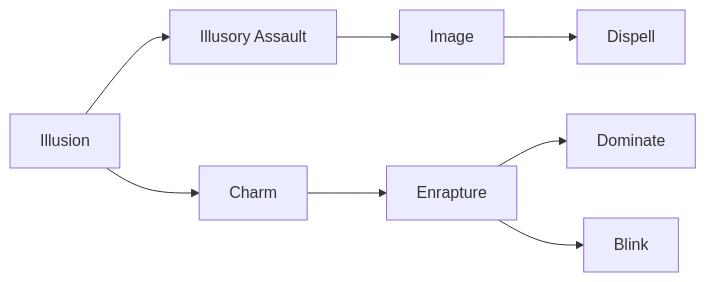
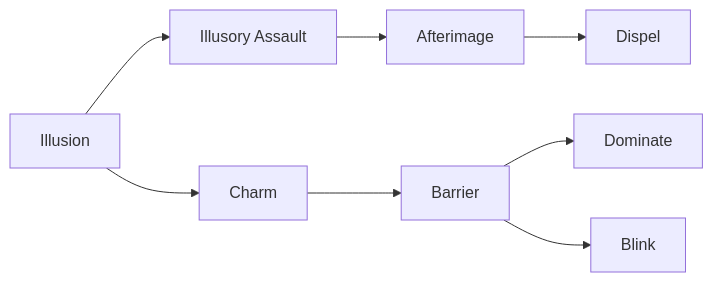
One commit to rubypinkromance/xrpg changed diagram 14 of 17 in docs/xrpg-rules.md. Above: the diagram before and after it, drawn with Mermaid. The commit also changed other lines of this file, not shown here.

````diff
--- a/docs/xrpg-rules.md
+++ b/docs/xrpg-rules.md
@@ -753,10 +775,10 @@
 ```mermaid
 flowchart LR
     Illusion --> Assault[Illusory Assault]
     Illusion --> Charm
-    Assault --> Image
-    Image --> Dispell
-    Charm --> Enrapture
-    Enrapture --> Dominate
-    Enrapture --> Blink
+    Assault --> Afterimage
+    Afterimage --> Dispel
+    Charm --> Barrier
+    Barrier --> Dominate
+    Barrier --> Blink
 ```
````
